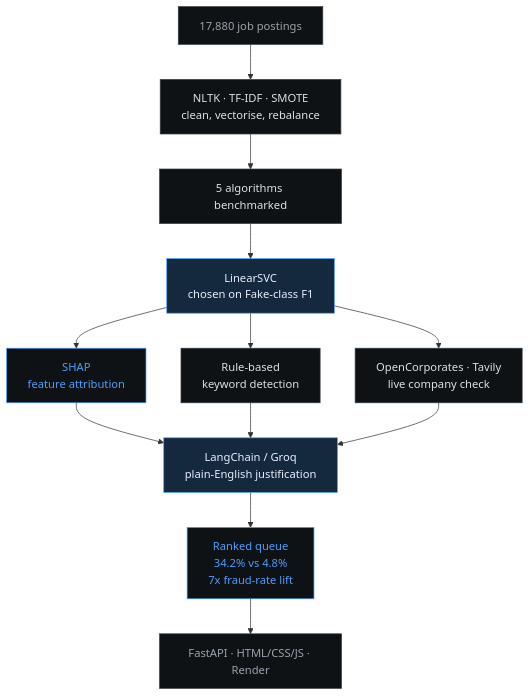
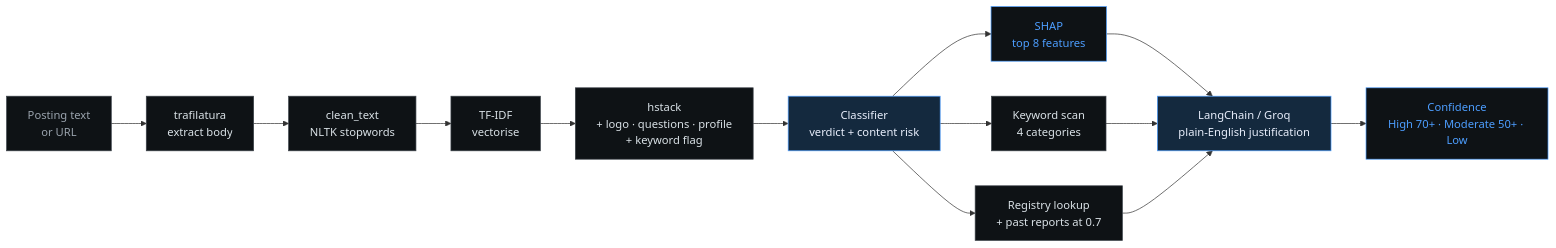
Before and after one commit to WnagarAryan/WnagarAryan: the first of 2 diagrams in README.md, drawn with Mermaid. The commit also changed other lines of this file, not shown here.

Commit message:
docs: use the repo diagrams on the profile
Takes both flowcharts verbatim from the project READMEs, so the profile
cannot drift from them. The FraudLens one changes orientation from TB
to LR and gains the ingest and feature-assembly stages; Kuberis gains
the retry-or-fallback branch it never showed.

````diff
--- a/README.md
+++ b/README.md
@@ -191,28 +191,30 @@
 ```mermaid
-flowchart TB
-    A["17,880 job postings"] --> B["NLTK · TF-IDF · SMOTE<br/>clean, vectorise, rebalance"]
-    B --> C["5 algorithms benchmarked"]
-    C --> D["LinearSVC<br/>chosen on Fake-class F1"]
+flowchart LR
+    A["Posting text<br/>or URL"] --> B["trafilatura<br/>extract body"]
+    B --> C["clean_text<br/>NLTK stopwords"]
+    C --> D["TF-IDF<br/>vectorise"]
+    D --> E["hstack<br/>+ logo · questions · profile<br/>+ keyword flag"]
+    E --> F["Classifier<br/>verdict + content risk"]
 
-    D --> E1["SHAP<br/>feature attribution"]
-    D --> E2["Rule-based<br/>keyword detection"]
-    D --> E3["OpenCorporates · Tavily<br/>live company check"]
+    F --> G["SHAP<br/>top 8 features"]
+    F --> H["Keyword scan<br/>4 categories"]
+    F --> I["Registry lookup<br/>+ past reports at 0.7"]
 
-    E1 --> F["LangChain / Groq<br/>plain-English justification"]
-    E2 --> F
-    E3 --> F
+    G --> J["LangChain / Groq<br/>plain-English justification"]
+    H --> J
+    I --> J
 
-    F --> G["Ranked queue<br/>34.2% vs 4.8%<br/>7x fraud-rate lift"]
-    G --> H["FastAPI · HTML/CSS/JS · Render"]
+    J --> K["Confidence<br/>High 70+ · Moderate 50+ · Low"]
 
-    style A  fill:#0e1215,color:#9aa3ad,stroke:#3a4048
-    style B  fill:#0e1215,color:#d9e1e6,stroke:#3a4048
-    style C  fill:#0e1215,color:#d9e1e6,stroke:#3a4048
-    style D  fill:#14293E,color:#e8eefc,stroke:#4d9eff
-    style E1 fill:#0e1215,color:#4d9eff,stroke:#4d9eff
-    style E2 fill:#0e1215,color:#d9e1e6,stroke:#3a4048
-    style E3 fill:#0e1215,color:#d9e1e6,stroke:#3a4048
-    style F  fill:#14293E,color:#e8eefc,stroke:#4d9eff
-    style G  fill:#0e1215,color:#4d9eff,stroke:#4d9eff
-    style H  fill:#0e1215,color:#9aa3ad,stroke:#3a4048
+    style A fill:#0e1215,color:#9aa3ad,stroke:#3a4048
+    style B fill:#0e1215,color:#d9e1e6,stroke:#3a4048
+    style C fill:#0e1215,color:#d9e1e6,stroke:#3a4048
+    style D fill:#0e1215,color:#d9e1e6,stroke:#3a4048
+    style E fill:#0e1215,color:#d9e1e6,stroke:#3a4048
+    style F fill:#14293E,color:#e8eefc,stroke:#4d9eff
+    style G fill:#0e1215,color:#4d9eff,stroke:#4d9eff
+    style H fill:#0e1215,color:#d9e1e6,stroke:#3a4048
+    style I fill:#0e1215,color:#d9e1e6,stroke:#3a4048
+    style J fill:#14293E,color:#e8eefc,stroke:#4d9eff
+    style K fill:#0e1215,color:#4d9eff,stroke:#4d9eff
 ```
````
